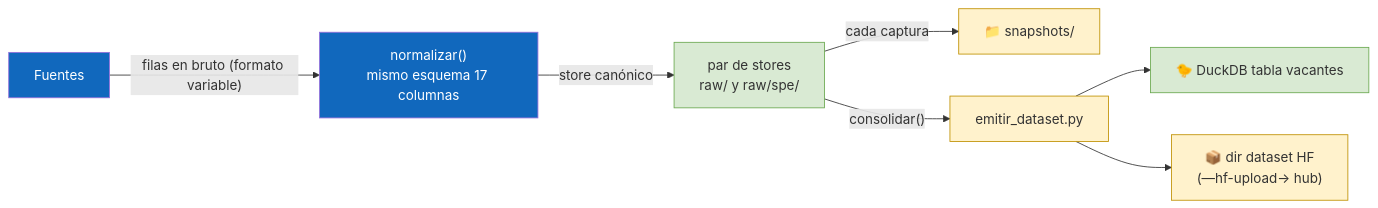
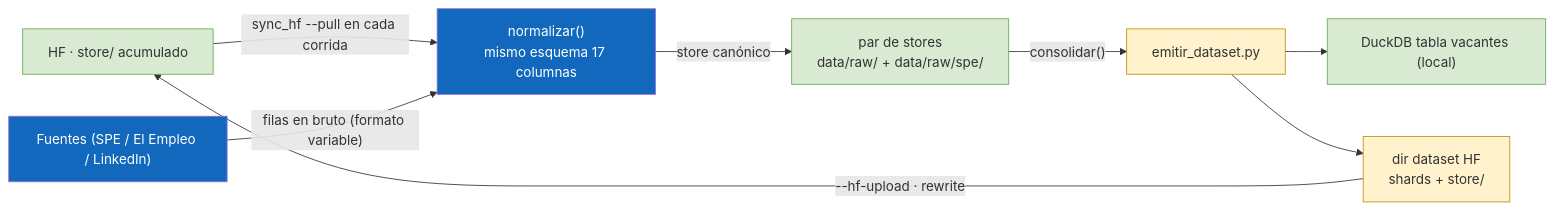
One commit to shalom-A26/SEXTANTE changed the fifth of 7 diagrams in docs/arquitectura.md. Above: the diagram before and after it, drawn with Mermaid. The commit also changed other lines of this file and 8 other files, not shown here.

First line of the commit message:
feat: captura en GitHub Actions con Hugging Face como memoria persistente

````diff
--- a/docs/arquitectura.md
+++ b/docs/arquitectura.md
@@ -224,16 +245,17 @@
 ```mermaid
 flowchart LR
-    fuentes["Fuentes"] -->|"filas en bruto (formato variable)"| norm["normalizar()\nmismo esquema 17 columnas"]
-    norm -->|"store canónico"| stores["par de stores<br/>raw/ y raw/spe/"]
-    stores -->|"cada captura"| snap["📁 snapshots/"]
+    hub["HF · store/ acumulado"] -->|"sync_hf --pull en cada corrida"| norm["normalizar()\nmismo esquema 17 columnas"]
+    fuentes["Fuentes (SPE / El Empleo / LinkedIn)"] -->|"filas en bruto (formato variable)"| norm
+    norm -->|"store canónico"| stores["par de stores<br/>data/raw/ + data/raw/spe/"]
     stores -->|"consolidar()"| emit["emitir_dataset.py"]
-    emit --> duck["🐤 DuckDB tabla vacantes"]
-    emit --> hf["📦 dir dataset HF\n(—hf-upload→ hub)"]
+    emit --> duck["DuckDB tabla vacantes (local)"]
+    emit --> hfdir["dir dataset HF<br/>shards + store/"]
+    hfdir -->|"--hf-upload · rewrite"| hub
 
     classDef d1 fill:#1168bd,color:#fff;
     classDef d2 fill:#d9ead3,stroke:#6aa84f;
     classDef d3 fill:#fff2cc,stroke:#bf9000;
     class fuentes,norm d1;
-    class stores,duck d2;
-    class snap,emit,hf d3;
+    class stores,duck,hub d2;
+    class emit,hfdir d3;
 ```
````
